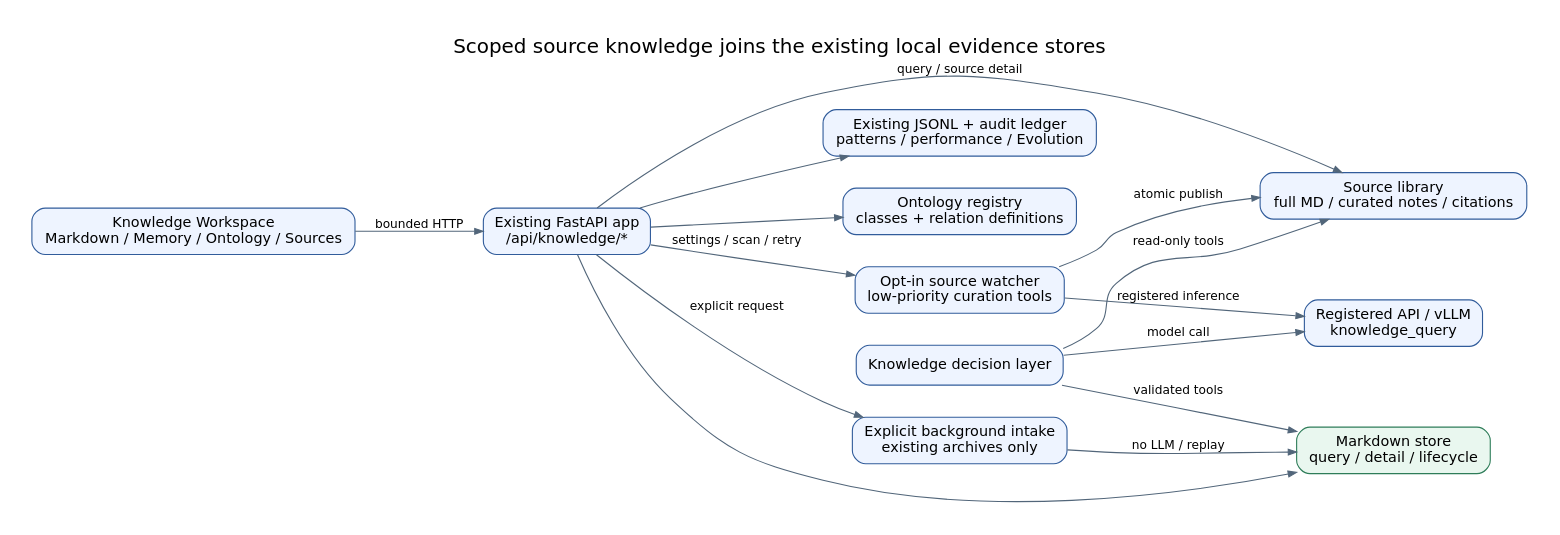
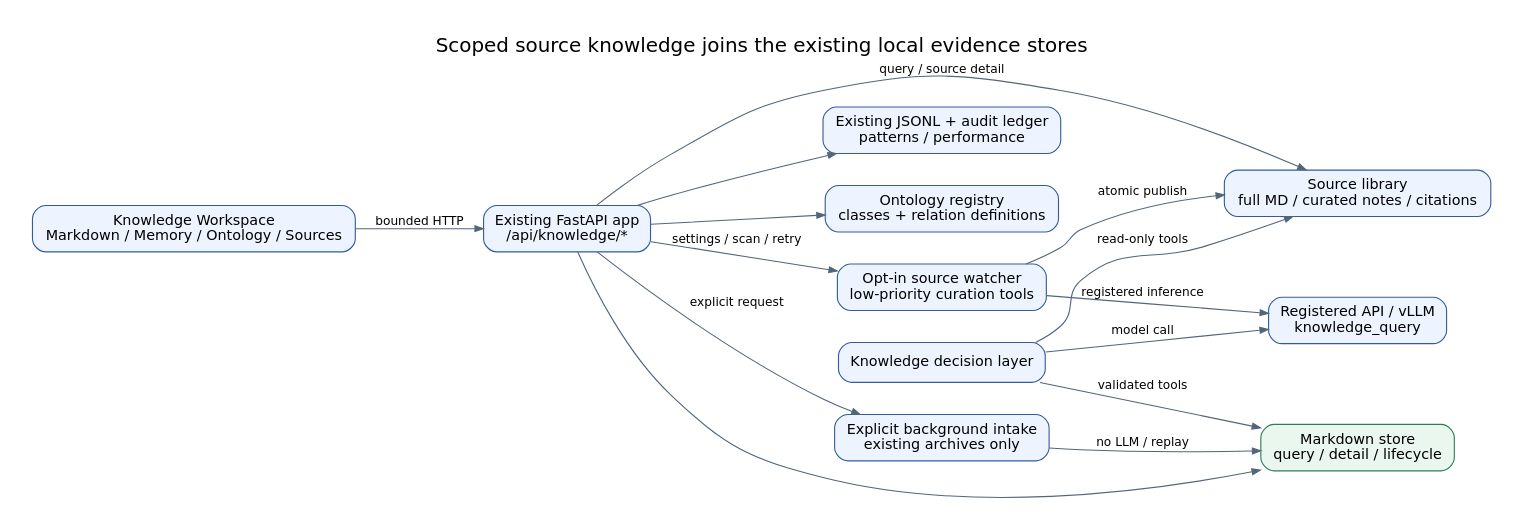
Before and after one commit to JIN9811/autonomous_researcher: the diagram in docs/agents/assets/figures/knowledge_03_api_connection_architecture.dot, drawn with Graphviz. The commit also changed 224 other files, not shown here.

```diff
--- a/docs/agents/assets/figures/knowledge_03_api_connection_architecture.dot
+++ b/docs/agents/assets/figures/knowledge_03_api_connection_architecture.dot
@@ -1,28 +1,28 @@
 digraph knowledge_api_connection_architecture {
   graph [rankdir=LR, bgcolor="white", pad="0.3", nodesep="0.4", ranksep="0.5", fontname="DejaVu Sans", fontsize=18, label="Scoped source knowledge joins the existing local evidence stores", labelloc=t];
   node [shape=box, style="rounded,filled", fillcolor="#EEF4FF", color="#315C9B", fontname="DejaVu Sans", fontsize=13, margin="0.12,0.1"];
   edge [color="#52667A", fontname="DejaVu Sans", fontsize=11, arrowsize=0.75];
   ui [label="Knowledge Workspace\nMarkdown / Memory / Ontology / Sources"];
   api [label="Existing FastAPI app\n/api/knowledge/*"];
   md [label="Markdown store\nquery / detail / lifecycle", fillcolor="#E9F7EF", color="#2E7D59"];
-  typed [label="Existing JSONL + audit ledger\npatterns / performance / Evolution"];
+  typed [label="Existing JSONL + audit ledger\npatterns / performance"];
   ontology [label="Ontology registry\nclasses + relation definitions"];
   sources [label="Source library\nfull MD / curated notes / citations"];
   watcher [label="Opt-in source watcher\nlow-priority curation tools"];
   jobs [label="Explicit background intake\nexisting archives only"];
   agent [label="Knowledge decision layer"];
   model [label="Registered API / vLLM\nknowledge_query"];
   ui -> api [label="bounded HTTP"];
   api -> md;
   api -> typed;
   api -> ontology;
   api -> sources [label="query / source detail"];
   api -> watcher [label="settings / scan / retry"];
   watcher -> model [label="registered inference"];
   watcher -> sources [label="atomic publish"];
   agent -> sources [label="read-only tools"];
   api -> jobs [label="explicit request"];
   jobs -> md [label="no LLM / replay"];
   agent -> model [label="model call"];
   agent -> md [label="validated tools"];
 }
```
